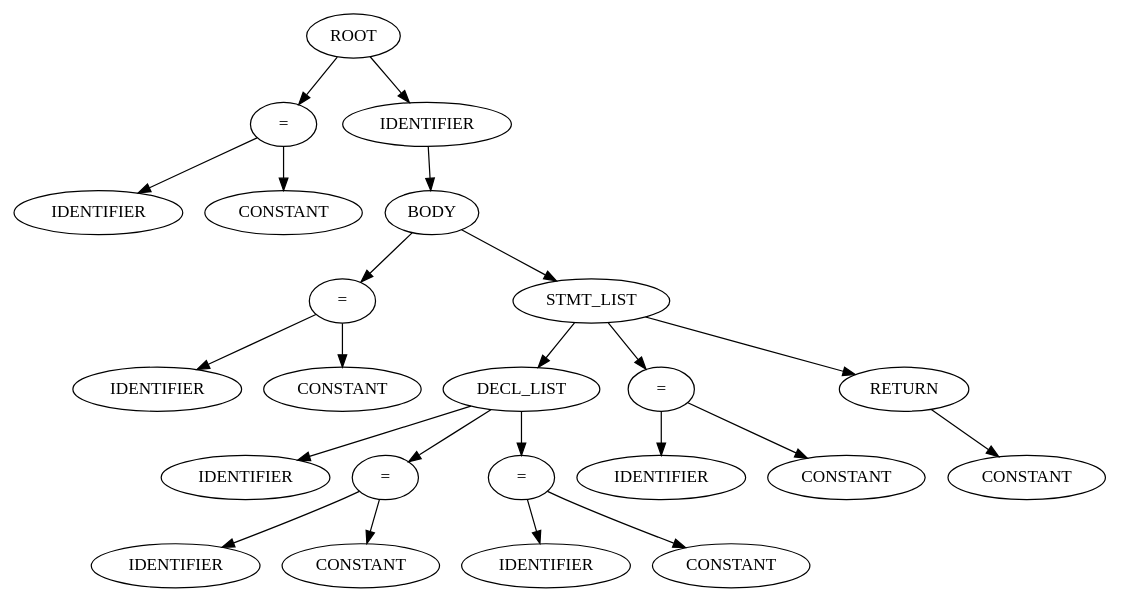
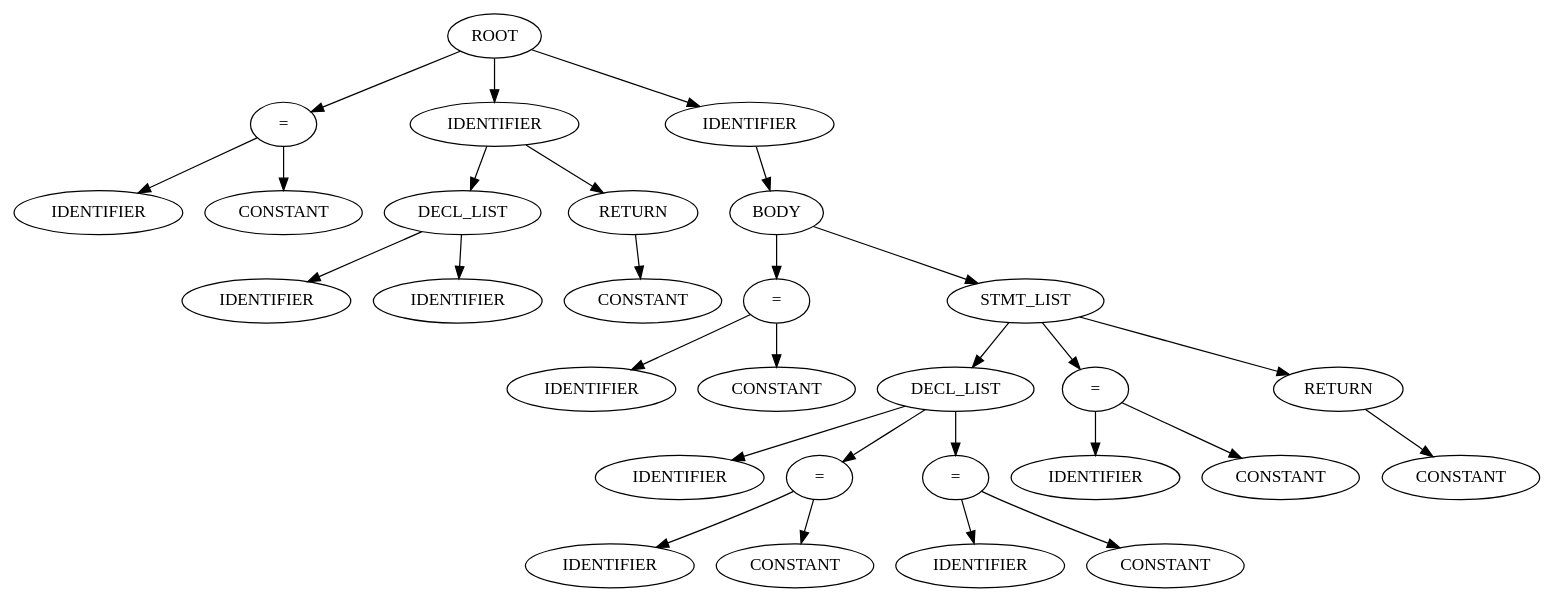
The diagram in src/graph.dot (dipeshdk/codagami_compiler), drawn with Graphviz before and after one commit. The commit also changed 7 other files, not shown here.

```diff
--- a/src/graph.dot
+++ b/src/graph.dot
@@ -1,47 +1,59 @@
 strict digraph AST {
-28 [label="ROOT"];
-2 [label="="];
-0 [label="IDENTIFIER"];
-1 [label="CONSTANT"];
-3 [label="IDENTIFIER"];
-27 [label="BODY"];
-7 [label="="];
-5 [label="IDENTIFIER"];
-6 [label="CONSTANT"];
-26 [label="STMT_LIST"];
-19 [label="DECL_LIST"];
-10 [label="IDENTIFIER"];
-14 [label="="];
+43 [label="ROOT"];
+3 [label="="];
+1 [label="IDENTIFIER"];
+2 [label="CONSTANT"];
+4 [label="IDENTIFIER"];
+9 [label="DECL_LIST"];
+7 [label="IDENTIFIER"];
+8 [label="IDENTIFIER"];
+11 [label="RETURN"];
+10 [label="CONSTANT"];
 12 [label="IDENTIFIER"];
-13 [label="CONSTANT"];
-18 [label="="];
-16 [label="IDENTIFIER"];
-17 [label="CONSTANT"];
-22 [label="="];
-20 [label="IDENTIFIER"];
-21 [label="CONSTANT"];
-25 [label="RETURN"];
-24 [label="CONSTANT"];
-28 -> 2
-2 -> 0
-2 -> 1
-28 -> 3
-3 -> 27
-27 -> 7
-7 -> 5
-7 -> 6
-27 -> 26
-26 -> 19
-19 -> 10
-19 -> 14
-14 -> 12
-14 -> 13
-19 -> 18
-18 -> 16
-18 -> 17
-26 -> 22
-22 -> 20
-22 -> 21
+42 [label="BODY"];
+16 [label="="];
+14 [label="IDENTIFIER"];
+15 [label="CONSTANT"];
+41 [label="STMT_LIST"];
+31 [label="DECL_LIST"];
+19 [label="IDENTIFIER"];
+26 [label="="];
+24 [label="IDENTIFIER"];
+25 [label="CONSTANT"];
+30 [label="="];
+28 [label="IDENTIFIER"];
+29 [label="CONSTANT"];
+37 [label="="];
+35 [label="IDENTIFIER"];
+36 [label="CONSTANT"];
+40 [label="RETURN"];
+39 [label="CONSTANT"];
+43 -> 3
+3 -> 1
+3 -> 2
+43 -> 4
+4 -> 9
+9 -> 7
+9 -> 8
+4 -> 11
+11 -> 10
+43 -> 12
+12 -> 42
+42 -> 16
+16 -> 14
+16 -> 15
+42 -> 41
+41 -> 31
+31 -> 19
+31 -> 26
+26 -> 24
 26 -> 25
-25 -> 24
+31 -> 30
+30 -> 28
+30 -> 29
+41 -> 37
+37 -> 35
+37 -> 36
+41 -> 40
+40 -> 39
 }
```
